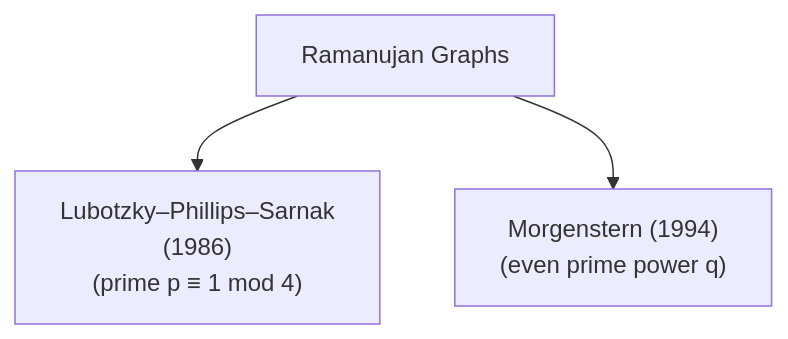
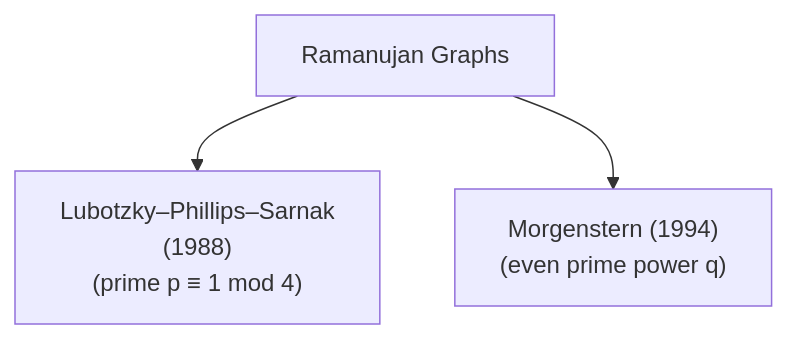
Before and after one commit to QuantumSavory/QuantumExpanders.jl: the second of 2 diagrams in docs/src/index.md, drawn with Mermaid. The commit also changed other lines of this file and 2 other files, not shown here.

````diff
--- a/docs/src/index.md
+++ b/docs/src/index.md
@@ -85,6 +85,6 @@
 ```mermaid
 flowchart TB
     A["Ramanujan Graphs"]
-    A --> B["Lubotzky–Phillips–Sarnak <br>(1986)<br/>(prime p ≡ 1 mod 4)"]
+    A --> B["Lubotzky–Phillips–Sarnak <br>(1988)<br/>(prime p ≡ 1 mod 4)"]
     A --> C["Morgenstern (1994)<br/>(even prime power q)"]
 ```
````
